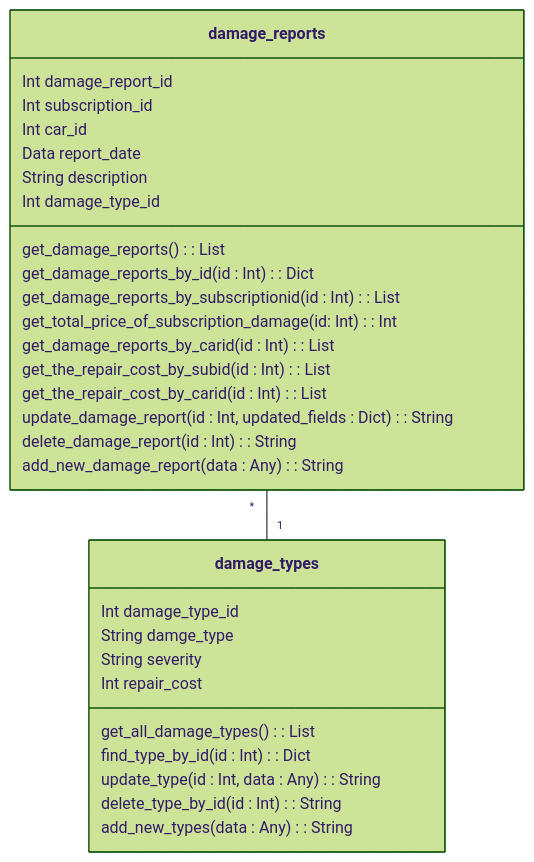
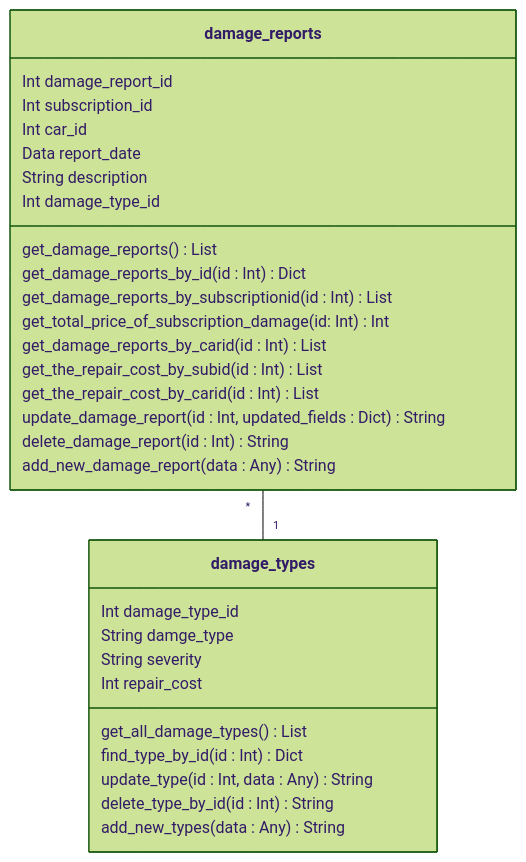
One commit to Bilabonnement-eksamensopgave-2024/skade-microservice changed the diagram in README.md. Above: the diagram before and after it, drawn with Mermaid (forest theme).

Commit message:
updated domain model

````diff
--- a/README.md
+++ b/README.md
@@ -84,34 +84,34 @@
 ``` mermaid
 classDiagram
   class damage_reports {
         Int damage_report_id
         Int subscription_id
         Int car_id
         Data report_date
         String description
         Int damage_type_id
-        get_damage_reports() : List
-        get_damage_reports_by_id(id : Int) : Dict 
-        get_damage_reports_by_subscriptionid(id : Int) : List
-        get_total_price_of_subscription_damage(id: Int) : Int
-        get_damage_reports_by_carid(id : Int) : List
-        get_the_repair_cost_by_subid(id : Int) : List
-        get_the_repair_cost_by_carid(id : Int) : List
-        update_damage_report(id : Int, updated_fields : Dict) : String
-        delete_damage_report(id : Int) : String
-        add_new_damage_report(data : Any) : String
+        get_damage_reports()  List
+        get_damage_reports_by_id(id : Int)  Dict 
+        get_damage_reports_by_subscriptionid(id : Int)  List
+        get_total_price_of_subscription_damage(id: Int)  Int
+        get_damage_reports_by_carid(id : Int)  List
+        get_the_repair_cost_by_subid(id : Int)  List
+        get_the_repair_cost_by_carid(id : Int)  List
+        update_damage_report(id : Int, updated_fields : Dict)  String
+        delete_damage_report(id : Int)  String
+        add_new_damage_report(data : Any)  String
   }
   class damage_types {
         Int damage_type_id
         String damge_type
         String severity
         Int repair_cost
-        get_all_damage_types() : List
-        find_type_by_id(id : Int) : Dict 
-        update_type(id : Int, data : Any) : String
-        delete_type_by_id(id : Int) : String
-        add_new_types(data : Any) : String
+        get_all_damage_types()  List
+        find_type_by_id(id : Int)  Dict 
+        update_type(id : Int, data : Any)  String
+        delete_type_by_id(id : Int)  String
+        add_new_types(data : Any)  String
   }
 
    damage_reports "*" -- "1" damage_types
 ```
````
